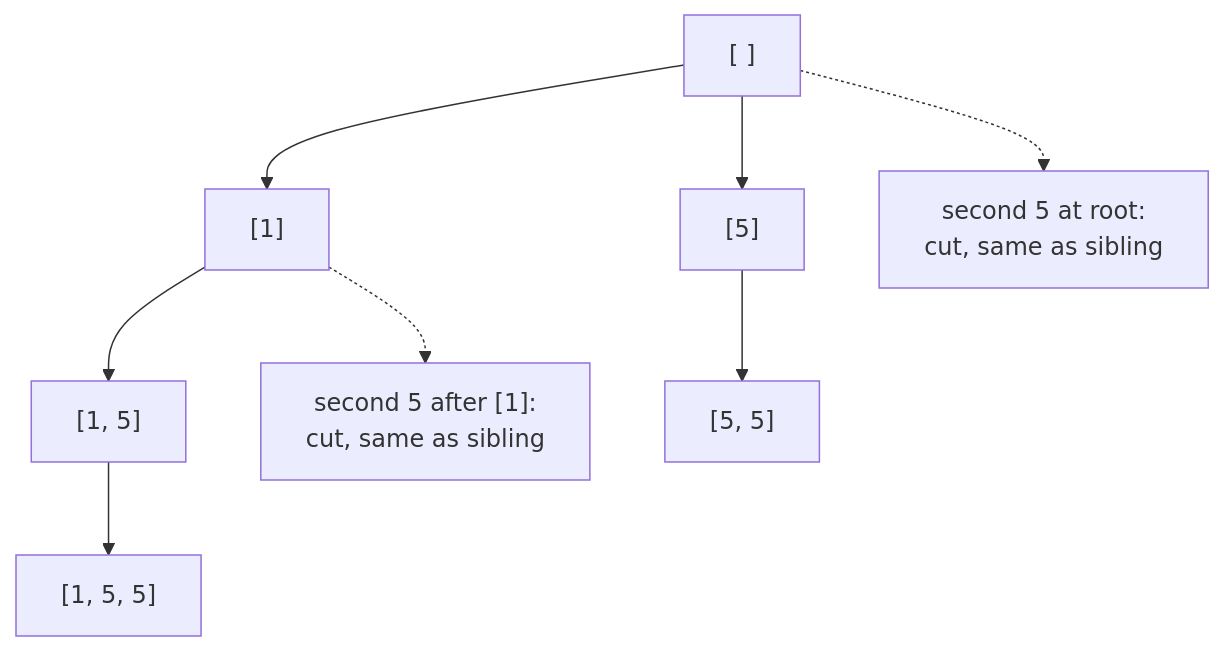
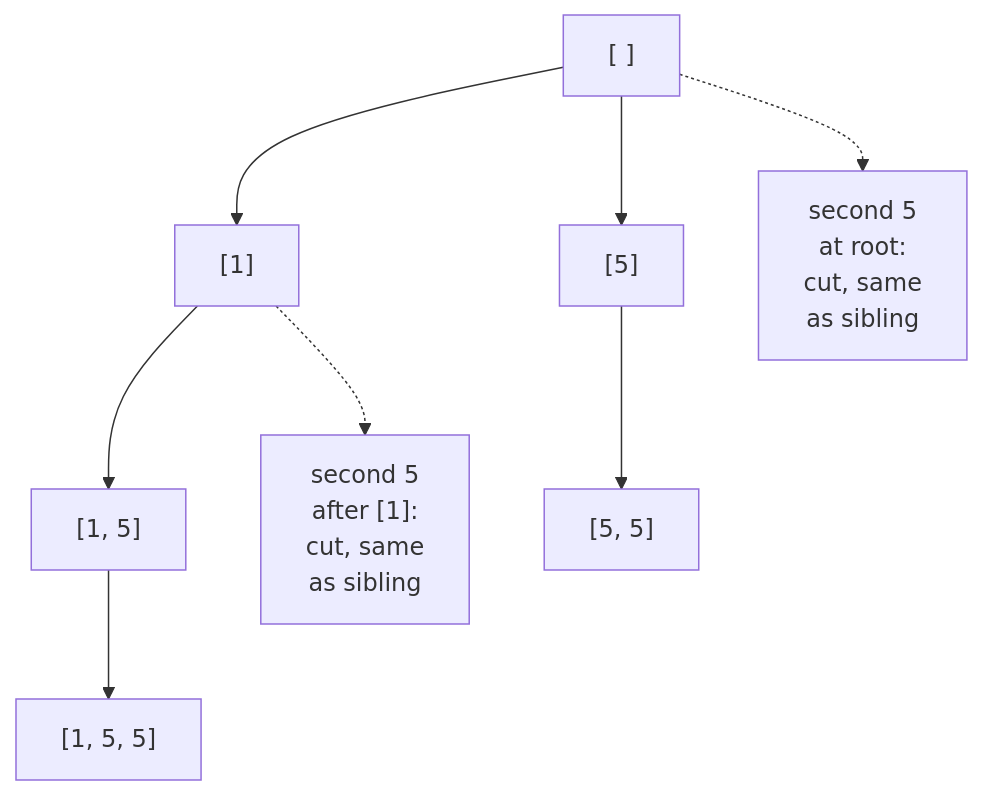
One commit to duongbui234/software-engineering-atlas changed the diagram in content/en/problems/subsets-ii.md. Above: the diagram before and after it, drawn with Mermaid. The commit also changed 134 other files, not shown here.

First line of the commit message:
Fit every Mermaid diagram at 390px without sideways scroll (#56)

````diff
--- a/content/en/problems/subsets-ii.md
+++ b/content/en/problems/subsets-ii.md
@@ -50,18 +50,18 @@
 ```mermaid
 flowchart TB
   R["[ ]"]
   A["[1]"]
   B["[5]"]
-  X["second 5 at root:<br/>cut, same as sibling"]
+  X["second 5<br/>at root:<br/>cut, same<br/>as sibling"]
   AB["[1, 5]"]
   BB["[5, 5]"]
   ABB["[1, 5, 5]"]
-  Y["second 5 after [1]:<br/>cut, same as sibling"]
+  Y["second 5<br/>after [1]:<br/>cut, same<br/>as sibling"]
   R --> A
   R --> B
   R -.-> X
   A --> AB
   A -.-> Y
   B --> BB
   AB --> ABB
 ```
````
